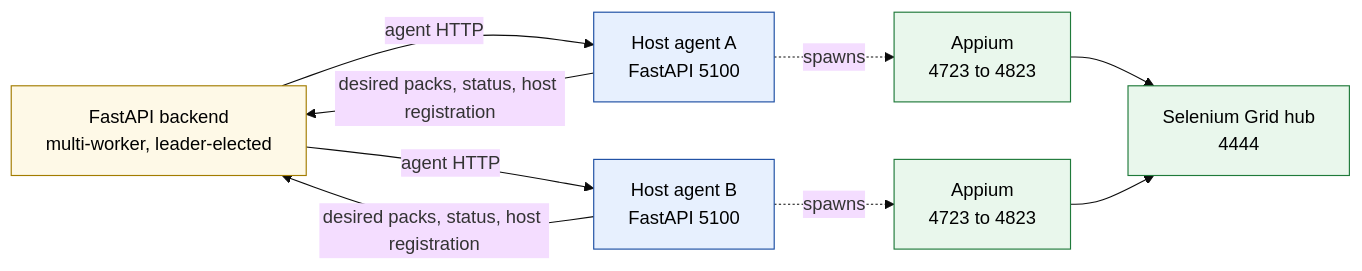
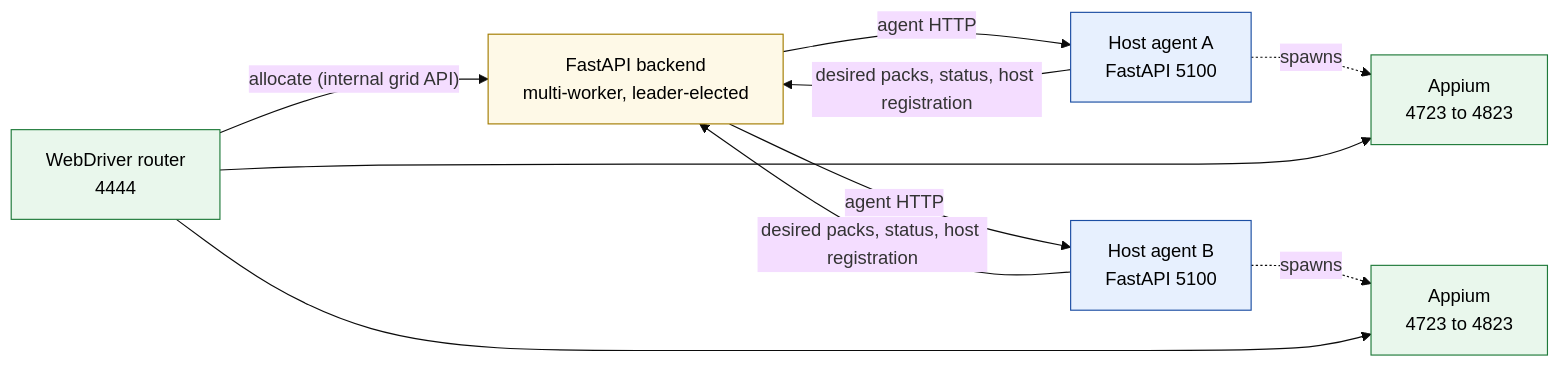
Before and after one commit to quidow/gridfleet: the first of 3 diagrams in docs/design/04-backend-agent-contract.md, drawn with Mermaid (base theme). The commit also changed other lines of this file and 17 other files, not shown here.

First line of the commit message:
docs(docs): sweep selenium grid references for router architecture

````diff
--- a/docs/design/04-backend-agent-contract.md
+++ b/docs/design/04-backend-agent-contract.md
@@ -11,22 +11,23 @@
 ```mermaid
 flowchart LR
     classDef be fill:#fef9e7,stroke:#a37c00,color:#000
     classDef ag fill:#e7f0fe,stroke:#1c4ea3,color:#000
     classDef ext fill:#e9f7ec,stroke:#1f7a3a,color:#000
 
     backend["FastAPI backend<br/>multi-worker, leader-elected"]:::be
     agent1["Host agent A<br/>FastAPI 5100"]:::ag
     agent2["Host agent B<br/>FastAPI 5100"]:::ag
-    grid["Selenium Grid hub<br/>4444"]:::ext
+    router["WebDriver router<br/>4444"]:::ext
     appium1["Appium<br/>4723 to 4823"]:::ext
     appium2["Appium<br/>4723 to 4823"]:::ext
 
     backend -->|"agent HTTP"| agent1
     backend -->|"agent HTTP"| agent2
     agent1 -->|"desired packs, status, host registration"| backend
     agent2 -->|"desired packs, status, host registration"| backend
     agent1 -.spawns.-> appium1
     agent2 -.spawns.-> appium2
-    appium1 --> grid
-    appium2 --> grid
+    router -->|"allocate (internal grid API)"| backend
+    router --> appium1
+    router --> appium2
 ```
````
